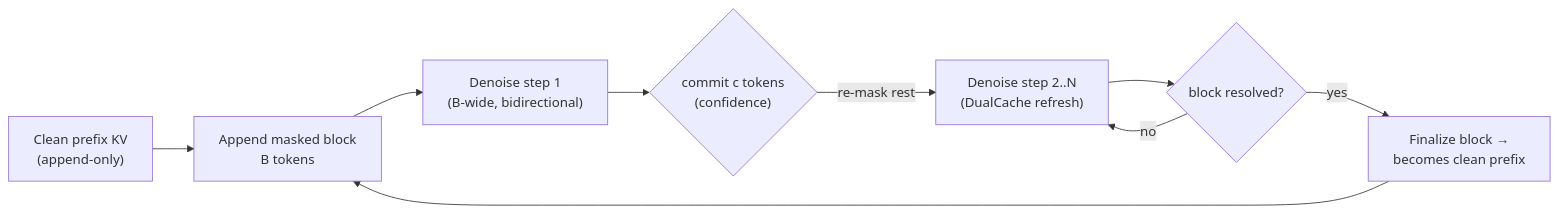
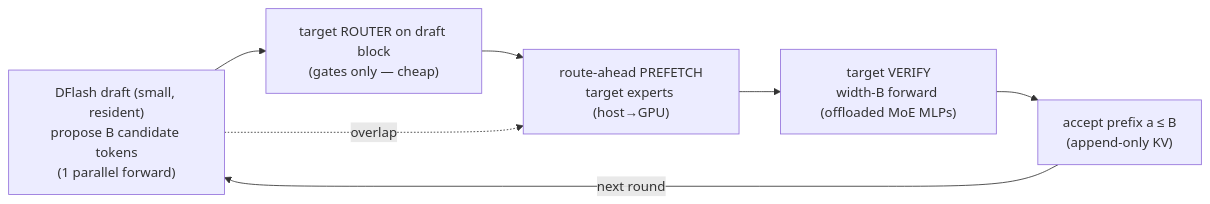
The first of 3 diagrams in docs/design/pd-dflash-moe-serving.md (EfficientMoE/MoE-Infinity), drawn with Mermaid before and after one commit. The commit also changed other lines of this file, not shown here.

Commit message:
docs(design): reframe as DFlash speculative decoding (Z Lab); route-ahead expert prefetch; sm_120/RTX PRO 6000 target; Qwen+GPT-OSS generalization

````diff
--- a/docs/design/pd-dflash-moe-serving.md
+++ b/docs/design/pd-dflash-moe-serving.md
@@ -64,11 +77,10 @@
 ```mermaid
 flowchart LR
-  P["Clean prefix KV<br/>(append-only)"] --> M["Append masked block<br/>B tokens"]
-  M --> S1["Denoise step 1<br/>(B-wide, bidirectional)"]
-  S1 --> C1{"commit c tokens<br/>(confidence)"}
-  C1 -->|re-mask rest| S2["Denoise step 2..N<br/>(DualCache refresh)"]
-  S2 --> C2{"block resolved?"}
-  C2 -->|no| S2
-  C2 -->|yes| F["Finalize block →<br/>becomes clean prefix"]
-  F --> M
+  D["DFlash draft (small, resident)<br/>propose B candidate tokens<br/>(1 parallel forward)"]
+  D --> R["target ROUTER on draft block<br/>(gates only — cheap)"]
+  R --> PF["route-ahead PREFETCH<br/>target experts (host→GPU)"]
+  D -. overlap .-> PF
+  PF --> V["target VERIFY<br/>width-B forward (offloaded MoE MLPs)"]
+  V --> A["accept prefix a ≤ B<br/>(append-only KV)"]
+  A -->|next round| D
 ```
````
